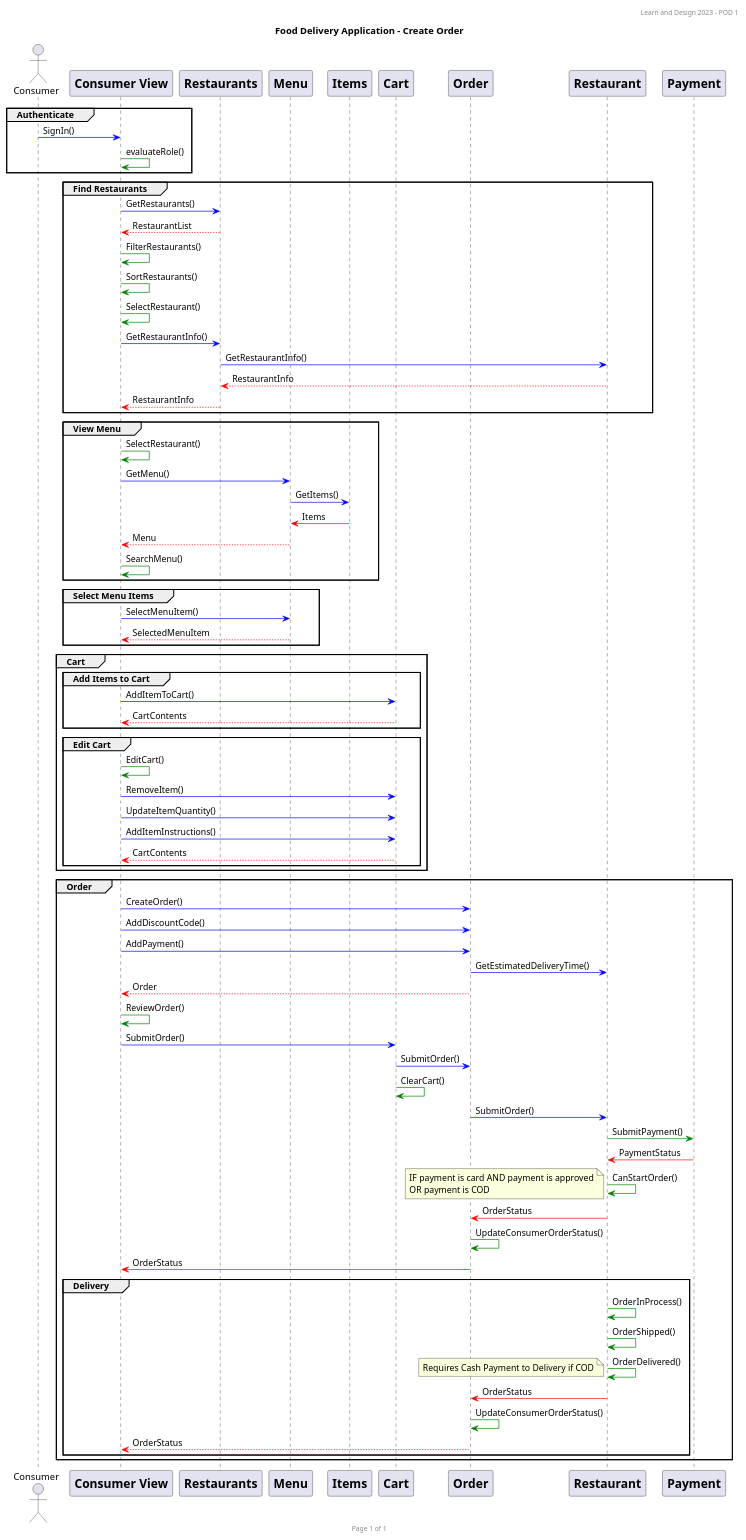
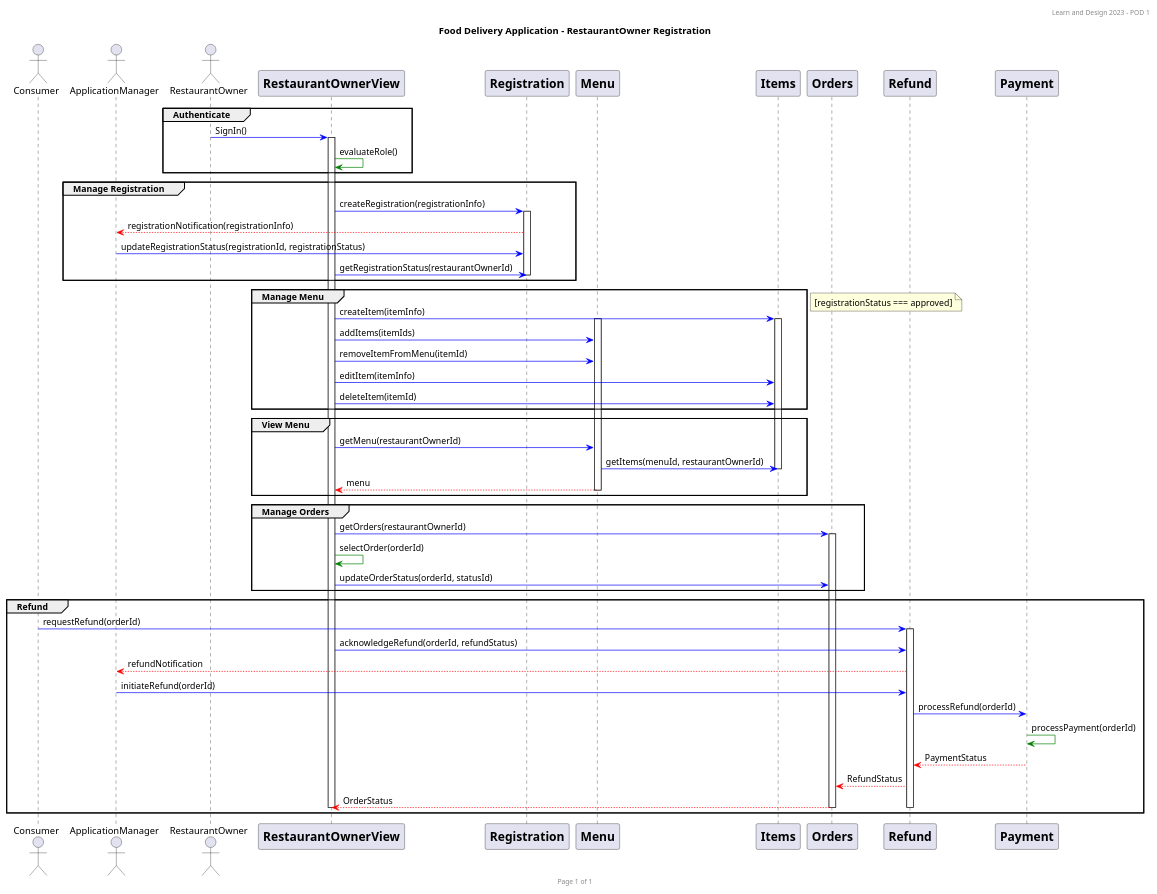
Before and after one commit to WestonDockstader/FoodDeliveryApp: the diagram in MilesFiles/restaurant_owner_sequence.puml, drawn with PlantUML.

Commit message:
created sequence diagram for restaurant owner

```diff
--- a/MilesFiles/restaurant_owner_sequence.puml
+++ b/MilesFiles/restaurant_owner_sequence.puml
@@ -1,123 +1,100 @@
 @startuml
 header Learn and Design 2023 - POD 1
 footer Page %page% of %lastpage%
 
-title: Food Delivery Application - Create Order
+title: Food Delivery Application - RestaurantOwner Registration
 
 actor Consumer
+actor ApplicationManager
+actor RestaurantOwner
 
-participant ConsumerView [
-    = Consumer View
+participant RestaurantOwnerView [
+    = RestaurantOwnerView
 ]
 
-participant RestaurantsList [
-    = Restaurants
+participant Registration [
+    = Registration
 ]
 
 participant Menu [
     = Menu
 ]
+
 participant Items [
     = Items
 ]
-participant Cart [
-    = Cart
+
+participant Orders [
+    = Orders
 ]
 
-participant Order [
-    = Order
-]
-
-participant Restaurant [
-    = Restaurant
+participant Refund [
+    = Refund
 ]
 
 participant Payment [
     = Payment
 ]
 
 group Authenticate
-  Consumer -[#blue]> ConsumerView : SignIn()
-  ConsumerView -[#green]> ConsumerView : evaluateRole()
+  RestaurantOwner -[#blue]> RestaurantOwnerView : SignIn()
+  activate RestaurantOwnerView
+    RestaurantOwnerView -[#green]> RestaurantOwnerView : evaluateRole()
 end
 
-group Find Restaurants
-  ConsumerView -[#blue]> RestaurantsList : GetRestaurants()
-  RestaurantsList -[#red]-> ConsumerView : RestaurantList
-  ConsumerView -[#green]> ConsumerView : FilterRestaurants()
-  ConsumerView -[#green]> ConsumerView : SortRestaurants()
-  ConsumerView -[#green]> ConsumerView : SelectRestaurant()
-  ConsumerView -[#blue]> RestaurantsList : GetRestaurantInfo()
-  RestaurantsList -[#blue]> Restaurant : GetRestaurantInfo()
-  Restaurant -[#red]-> RestaurantsList : RestaurantInfo
-  RestaurantsList -[#red]-> ConsumerView : RestaurantInfo
+group Manage Registration
+  RestaurantOwnerView -[#blue]> Registration : createRegistration(registrationInfo)
+  activate Registration
+    Registration -[#red]->  ApplicationManager : registrationNotification(registrationInfo)
+    ApplicationManager -[#blue]> Registration : updateRegistrationStatus(registrationId, registrationStatus)
+    RestaurantOwnerView -[#blue]> Registration : getRegistrationStatus(restaurantOwnerId)
+  deactivate Registration
 end
 
-group View Menu
-  ConsumerView -[#green]> ConsumerView : SelectRestaurant()
-  ConsumerView -[#blue]> Menu : GetMenu()
-  Menu -[#blue]> Items : GetItems()
-  Items -[#red]> Menu : Items
-  Menu -[#red]-> ConsumerView : Menu
-  ConsumerView -[#green]> ConsumerView : SearchMenu()
+group Manage Menu
+  RestaurantOwnerView -[#blue]> Items : createItem(itemInfo)
+  activate Items
+  activate Menu
+  RestaurantOwnerView -[#blue]> Menu : addItems(itemIds)
+  RestaurantOwnerView -[#blue]> Menu : removeItemFromMenu(itemId)
+  RestaurantOwnerView -[#blue]> Items : editItem(itemInfo)
+  RestaurantOwnerView -[#blue]> Items : deleteItem(itemId)
 end
 
-group Select Menu Items
-  ConsumerView -[#blue]> Menu : SelectMenuItem()
-  Menu -[#red]-> ConsumerView : SelectedMenuItem
+note left
+  [registrationStatus === approved]
+end note
+
+group View Menu
+  RestaurantOwnerView -[#blue]> Menu : getMenu(restaurantOwnerId)
+  Menu -[#blue]> Items : getItems(menuId, restaurantOwnerId)
+  deactivate Items
+  Menu -[#red]-> RestaurantOwnerView : menu
+  deactivate Menu
 end
 
-group Cart
-  group Add Items to Cart
-    ConsumerView -[#blue]> Cart : AddItemToCart()
-    Cart -[#red]-> ConsumerView : CartContents
-  end
-
-  group Edit Cart
-    ConsumerView -[#green]> ConsumerView : EditCart()
-    ConsumerView -[#blue]> Cart : RemoveItem()
-    ConsumerView -[#blue]> Cart : UpdateItemQuantity()
-    ConsumerView -[#blue]> Cart : AddItemInstructions()
-    Cart -[#red]-> ConsumerView : CartContents
-  end
-
-end
-
-  group Order
-  ConsumerView -[#blue]> Order : CreateOrder()
-  ConsumerView -[#blue]> Order : AddDiscountCode()
-  ConsumerView -[#blue]> Order : AddPayment()
-  Order -[#blue]> Restaurant : GetEstimatedDeliveryTime()
-
-  Order -[#red]-> ConsumerView : Order
-  ConsumerView -[#green]> ConsumerView : ReviewOrder()
-  ConsumerView -[#blue]> Cart : SubmitOrder()
-  Cart -[#blue]> Order : SubmitOrder()
-  Cart -[#green]> Cart : ClearCart()
-  Order -[#blue]> Restaurant : SubmitOrder()
-  Restaurant -[#green]> Payment : SubmitPayment()
-  Payment -[#red]> Restaurant : PaymentStatus
-  Restaurant -[#green]> Restaurant : CanStartOrder()
-    note left
-      IF payment is card AND payment is approved
-      OR payment is COD
-    end note
-  Restaurant -[#red]> Order : OrderStatus
-  Order -[#green]> Order : UpdateConsumerOrderStatus()
-  Order -[#red]> ConsumerView : OrderStatus
-
-  group Delivery
-    Restaurant -[#green]> Restaurant : OrderInProcess()
-    Restaurant -[#green]> Restaurant : OrderShipped()
-    Restaurant -[#green]> Restaurant : OrderDelivered()
-    note left
-      Requires Cash Payment to Delivery if COD
-    end note
-    Restaurant -[#red]> Order : OrderStatus
-    Order -[#green]> Order : UpdateConsumerOrderStatus()
-    Order -[#red]-> ConsumerView : OrderStatus
-  end
+group Manage Orders
+  RestaurantOwnerView -[#blue]> Orders : getOrders(restaurantOwnerId)
+  activate Orders
+    RestaurantOwnerView -[#green]> RestaurantOwnerView : selectOrder(orderId)
+    RestaurantOwnerView -[#blue]> Orders : updateOrderStatus(orderId, statusId)
 end
 
 
+group Refund
+  Consumer -[#blue]> Refund : requestRefund(orderId)
+  activate Refund
+    RestaurantOwnerView -[#blue]> Refund : acknowledgeRefund(orderId, refundStatus)
+    Refund -[#red]-> ApplicationManager : refundNotification
+    ApplicationManager -[#blue]> Refund : initiateRefund(orderId)
+    Refund -[#blue]> Payment : processRefund(orderId)
+    Payment -[#green]> Payment : processPayment(orderId)
+    Payment -[#red]-> Refund : PaymentStatus
+    Refund -[#red]-> Orders : RefundStatus
+    Orders -[#red]-> RestaurantOwnerView : OrderStatus
+  deactivate RestaurantOwnerView
+  deactivate Orders
+  deactivate Refund
+end
+
 @enduml
```
